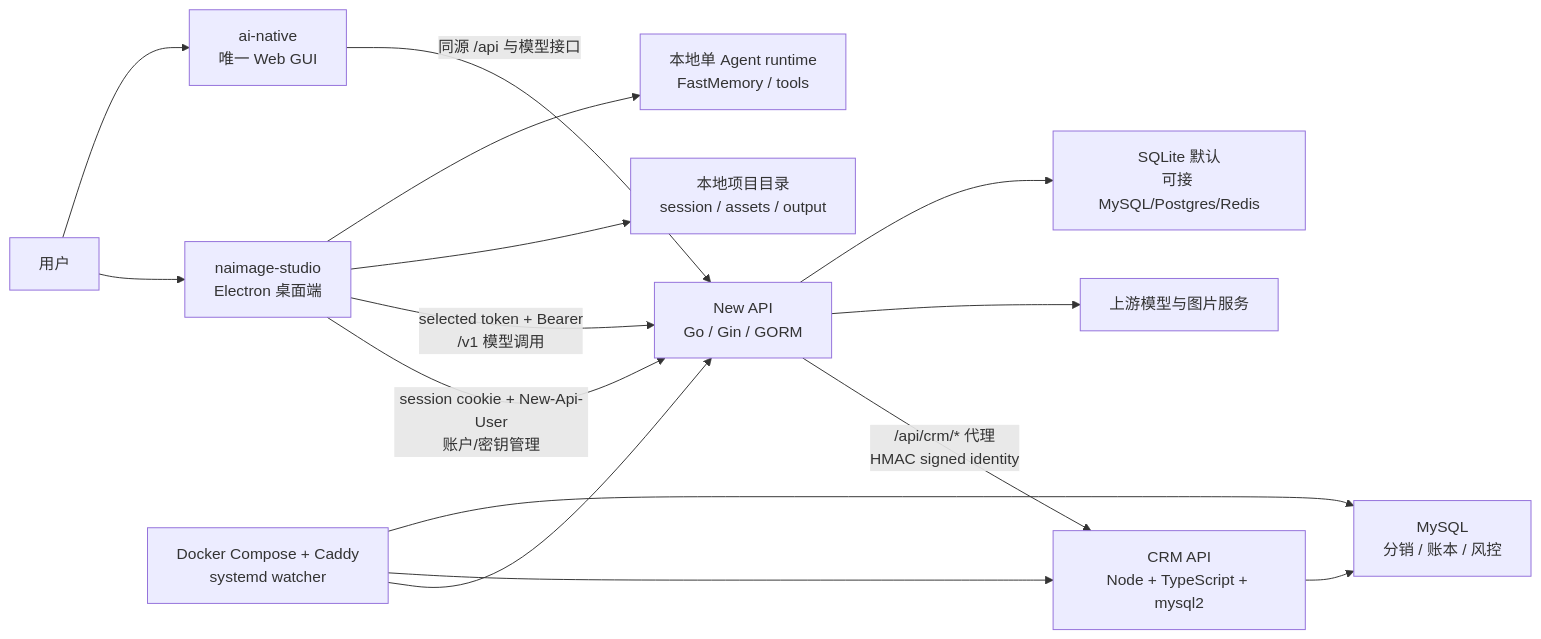
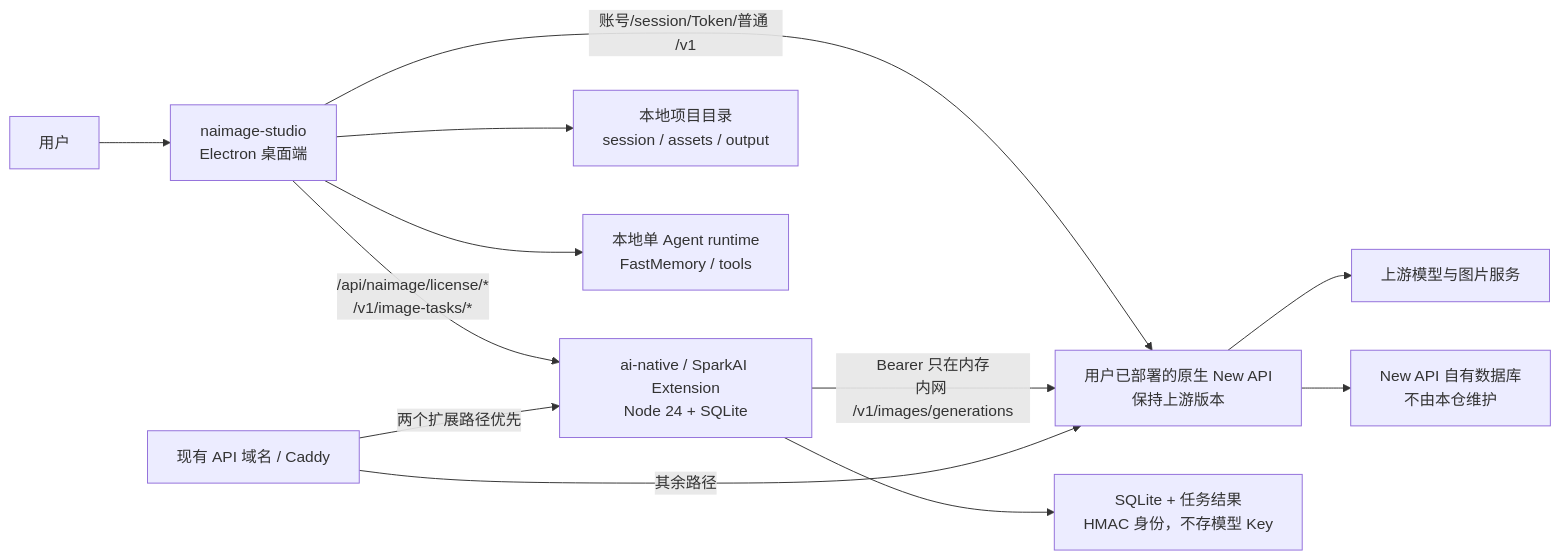
The first of 2 diagrams in WORKSPACE_CONTEXT_MAP.md (naMeaning/SparkAI-WorkSpace), drawn with Mermaid before and after one commit. The commit also changed other lines of this file and 34 other files, not shown here.

Commit message:
feat: replace New API fork with SparkAI extension service

````diff
--- a/WORKSPACE_CONTEXT_MAP.md
+++ b/WORKSPACE_CONTEXT_MAP.md
@@ -24,22 +25,19 @@
 ```mermaid
 flowchart LR
   User["用户"] --> Desktop["naimage-studio\nElectron 桌面端"]
-  User --> Web["ai-native\n唯一 Web GUI"]
 
-  Desktop -->|"session cookie + New-Api-User\n账户/密钥管理"| NewAPI["New API\nGo / Gin / GORM"]
-  Desktop -->|"selected token + Bearer\n/v1 模型调用"| NewAPI
-  Web -->|"同源 /api 与模型接口"| NewAPI
+  Desktop -->|"账号/session/Token/普通 /v1"| NewAPI["用户已部署的原生 New API\n保持上游版本"]
+  Desktop -->|"/api/naimage/license/*\n/v1/image-tasks/*"| Extension["ai-native / SparkAI Extension\nNode 24 + SQLite"]
 
-  NewAPI -->|"/api/crm/* 代理\nHMAC signed identity"| CRM["CRM API\nNode + TypeScript + mysql2"]
+  Extension -->|"Bearer 只在内存\n内网 /v1/images/generations"| NewAPI
   NewAPI --> Providers["上游模型与图片服务"]
 
   Desktop --> LocalProject["本地项目目录\nsession / assets / output"]
   Desktop --> LocalAgent["本地单 Agent runtime\nFastMemory / tools"]
 
-  CRM --> MySQL["MySQL\n分销 / 账本 / 风控"]
-  NewAPI --> NewAPIData["SQLite 默认\n可接 MySQL/Postgres/Redis"]
+  NewAPI --> NewAPIData["New API 自有数据库\n不由本仓维护"]
+  Extension --> ExtensionData["SQLite + 任务结果\nHMAC 身份，不存模型 Key"]
 
-  Deploy["Docker Compose + Caddy\nsystemd watcher"] --> NewAPI
-  Deploy --> CRM
-  Deploy --> MySQL
+  Caddy["现有 API 域名 / Caddy"] -->|"两个扩展路径优先"| Extension
+  Caddy -->|"其余路径"| NewAPI
 ```
````
